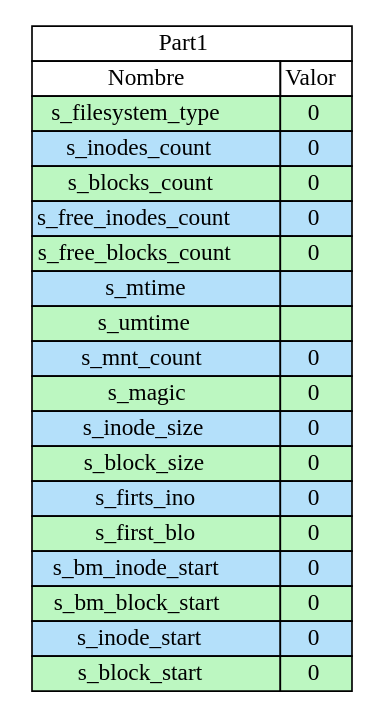
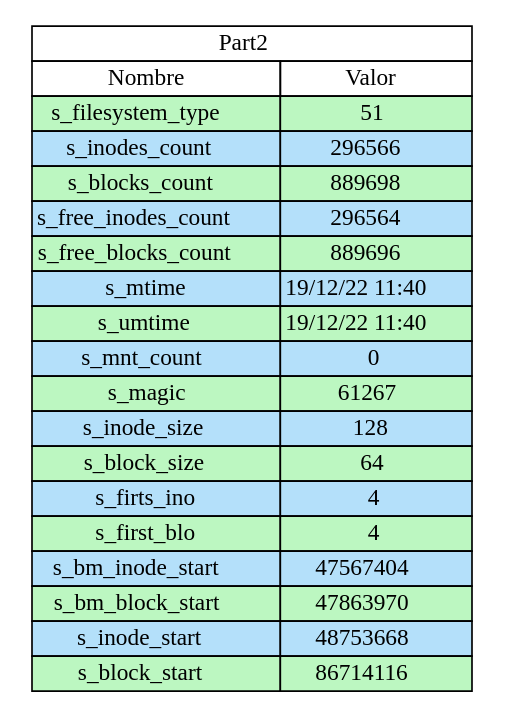
The diagram in superb_report.dot (elderpum/MIA_Proyecto1_Vacaciones2022), drawn with Graphviz before and after one commit. The commit also changed 16 other files, not shown here.

```diff
--- a/superb_report.dot
+++ b/superb_report.dot
@@ -1,28 +1,28 @@
 digraph {
 tbl [
 shape=plaintext
  label=<
 <table border='0' cellborder='1' cellspacing='0'>
-<tr><td colspan="3">Part1</td></tr>
+<tr><td colspan="3">Part2</td></tr>
 <th><td>Nombre</td><td>Valor</td></th>
-<tr><td bgcolor="#bcf7c1">s_filesystem_type</td><td bgcolor="#bcf7c1">0</td></tr>
-<tr><td bgcolor="#b4e0fa">s_inodes_count</td><td bgcolor="#b4e0fa">0</td></tr>
-<tr><td bgcolor="#bcf7c1">s_blocks_count</td><td bgcolor="#bcf7c1">0</td></tr>
-<tr><td bgcolor="#b4e0fa">s_free_inodes_count</td><td bgcolor="#b4e0fa">0</td></tr>
-<tr><td bgcolor="#bcf7c1">s_free_blocks_count</td><td bgcolor="#bcf7c1">0</td></tr>
-<tr><td bgcolor="#b4e0fa">s_mtime</td><td bgcolor="#b4e0fa"></td></tr>
-<tr><td bgcolor="#bcf7c1">s_umtime</td><td bgcolor="#bcf7c1"></td></tr>
+<tr><td bgcolor="#bcf7c1">s_filesystem_type</td><td bgcolor="#bcf7c1">51</td></tr>
+<tr><td bgcolor="#b4e0fa">s_inodes_count</td><td bgcolor="#b4e0fa">296566</td></tr>
+<tr><td bgcolor="#bcf7c1">s_blocks_count</td><td bgcolor="#bcf7c1">889698</td></tr>
+<tr><td bgcolor="#b4e0fa">s_free_inodes_count</td><td bgcolor="#b4e0fa">296564</td></tr>
+<tr><td bgcolor="#bcf7c1">s_free_blocks_count</td><td bgcolor="#bcf7c1">889696</td></tr>
+<tr><td bgcolor="#b4e0fa">s_mtime</td><td bgcolor="#b4e0fa">19/12/22 11:40</td></tr>
+<tr><td bgcolor="#bcf7c1">s_umtime</td><td bgcolor="#bcf7c1">19/12/22 11:40</td></tr>
 <tr><td bgcolor="#b4e0fa">s_mnt_count</td><td bgcolor="#b4e0fa">0</td></tr>
-<tr><td bgcolor="#bcf7c1">s_magic</td><td bgcolor="#bcf7c1">0</td></tr>
-<tr><td bgcolor="#b4e0fa">s_inode_size</td><td bgcolor="#b4e0fa">0</td></tr>
-<tr><td bgcolor="#bcf7c1">s_block_size</td><td bgcolor="#bcf7c1">0</td></tr>
-<tr><td bgcolor="#b4e0fa">s_firts_ino</td><td bgcolor="#b4e0fa">0</td></tr>
-<tr><td bgcolor="#bcf7c1">s_first_blo</td><td bgcolor="#bcf7c1">0</td></tr>
-<tr><td bgcolor="#b4e0fa">s_bm_inode_start</td><td bgcolor="#b4e0fa">0</td></tr>
-<tr><td bgcolor="#bcf7c1">s_bm_block_start</td><td bgcolor="#bcf7c1">0</td></tr>
-<tr><td bgcolor="#b4e0fa">s_inode_start</td><td bgcolor="#b4e0fa">0</td></tr>
-<tr><td bgcolor="#bcf7c1">s_block_start</td><td bgcolor="#bcf7c1">0</td></tr>
+<tr><td bgcolor="#bcf7c1">s_magic</td><td bgcolor="#bcf7c1">61267</td></tr>
+<tr><td bgcolor="#b4e0fa">s_inode_size</td><td bgcolor="#b4e0fa">128</td></tr>
+<tr><td bgcolor="#bcf7c1">s_block_size</td><td bgcolor="#bcf7c1">64</td></tr>
+<tr><td bgcolor="#b4e0fa">s_firts_ino</td><td bgcolor="#b4e0fa">4</td></tr>
+<tr><td bgcolor="#bcf7c1">s_first_blo</td><td bgcolor="#bcf7c1">4</td></tr>
+<tr><td bgcolor="#b4e0fa">s_bm_inode_start</td><td bgcolor="#b4e0fa">47567404</td></tr>
+<tr><td bgcolor="#bcf7c1">s_bm_block_start</td><td bgcolor="#bcf7c1">47863970</td></tr>
+<tr><td bgcolor="#b4e0fa">s_inode_start</td><td bgcolor="#b4e0fa">48753668</td></tr>
+<tr><td bgcolor="#bcf7c1">s_block_start</td><td bgcolor="#bcf7c1">86714116</td></tr>
 </table>
 >];
 
 }
```
